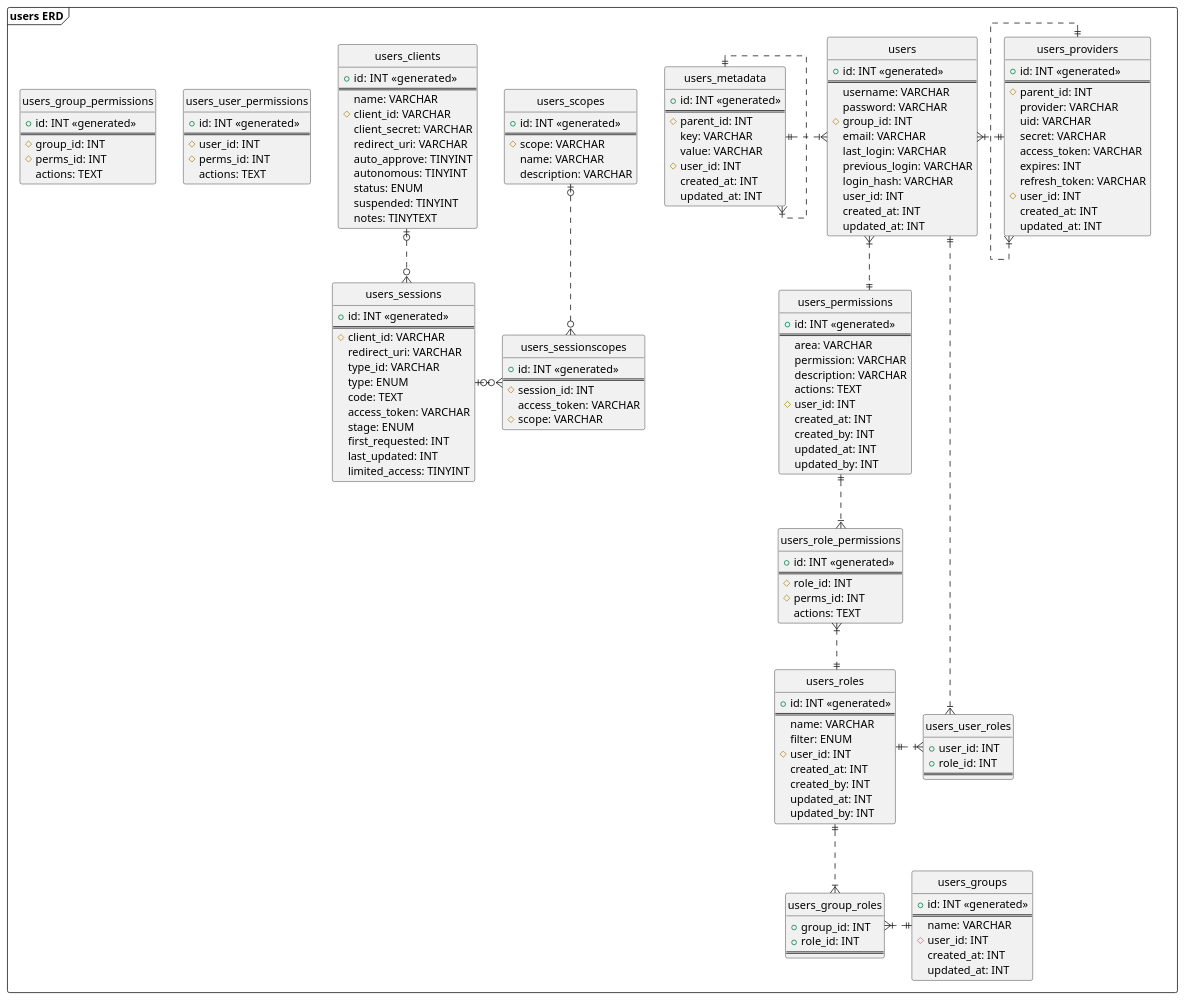
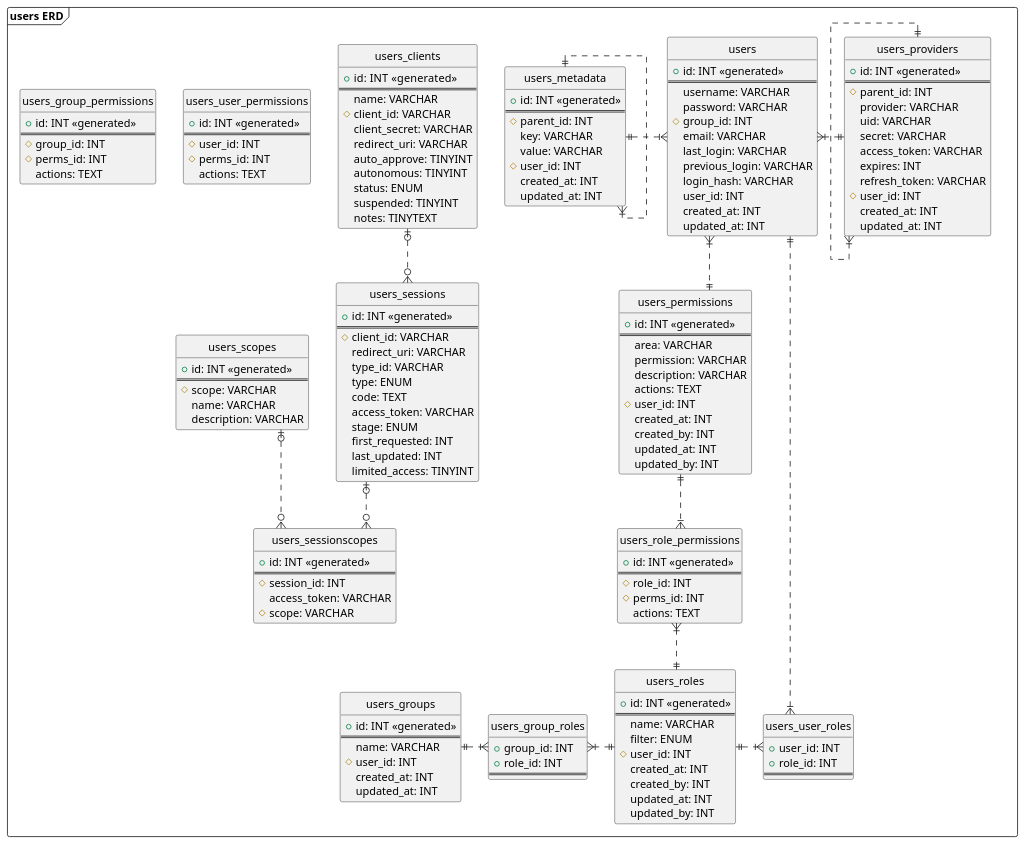
Before and after one commit to kim-yuchul-okan/subsystem-erd: the diagram in subsystem/users_erd.pu, drawn with PlantUML. The commit also changed 7 other files, not shown here.

```diff
--- a/subsystem/users_erd.pu
+++ b/subsystem/users_erd.pu
@@ -1,168 +1,168 @@
 @startuml
 
 ' hide the spot
 hide circle
 
 ' avoid problems with angled crows feet
 skinparam linetype ortho
 
 frame "users ERD" {
   entity "users_clients" {
     + id: INT  <<generated>>
     ==
     name: VARCHAR
     # client_id: VARCHAR
     client_secret: VARCHAR
     redirect_uri: VARCHAR
     auto_approve: TINYINT
     autonomous: TINYINT
     status: ENUM
     suspended: TINYINT
     notes: TINYTEXT
   }
   entity "users_sessions" {
     + id: INT <<generated>>
     ==
     # client_id: VARCHAR
     redirect_uri: VARCHAR
     type_id: VARCHAR
     type: ENUM
     code: TEXT
     access_token: VARCHAR
     stage: ENUM
     first_requested: INT
     last_updated: INT
     limited_access: TINYINT
   }
   entity "users_sessionscopes" {
     + id: INT <<generated>>
     ==
     # session_id: INT
     access_token: VARCHAR
     # scope: VARCHAR
   }
   entity "users_scopes" {
     + id: INT <<generated>>
     ==
     # scope: VARCHAR
     name: VARCHAR
     description: VARCHAR
   }
   users_clients |o.d.o{  users_sessions
-  users_sessions |o.r.o{  users_sessionscopes
+  users_sessions |o.d.o{  users_sessionscopes
   users_scopes |o.d.o{  users_sessionscopes
   entity "users_user_roles" {
     + user_id: INT
     + role_id: INT
     ==
   }
   entity "users_permissions" {
     + id: INT <<generated>>
     ==
     area: VARCHAR
     permission: VARCHAR
     description: VARCHAR
     actions: TEXT
     # user_id: INT
     created_at: INT
     created_by: INT
     updated_at: INT
     updated_by: INT
   }
   entity "users_metadata" {
     + id: INT <<generated>>
     ==
     # parent_id: INT
     key: VARCHAR
     value: VARCHAR
     # user_id: INT
     created_at: INT
     updated_at: INT
   }
   entity "users_providers" {
     + id: INT <<generated>>
     ==
     # parent_id: INT
     provider: VARCHAR
     uid: VARCHAR
     secret: VARCHAR
     access_token: VARCHAR
     expires: INT
     refresh_token: VARCHAR
     # user_id: INT
     created_at: INT
     updated_at: INT
   }
   entity "users_group_roles" {
     + group_id: INT
     + role_id: INT
     ==
   }
   entity "users_role_permissions" {
     + id: INT <<generated>>
     ==
     # role_id: INT
     # perms_id: INT
     actions: TEXT
   }
   entity "users_roles" {
     + id: INT <<generated>>
     ==
     name: VARCHAR
     filter: ENUM
     # user_id: INT
     created_at: INT
     created_by: INT
     updated_at: INT
     updated_by: INT
   }
   entity "users_groups" {
     + id: INT <<generated>>
     ==
     name: VARCHAR
     # user_id: INT
     created_at: INT
     updated_at: INT
   }
   entity "users" {
     + id: INT <<generated>>
     ==
     username: VARCHAR
     password: VARCHAR
     # group_id: INT
     email: VARCHAR
     last_login: VARCHAR
     previous_login: VARCHAR
     login_hash: VARCHAR
     user_id: INT
     created_at: INT
     updated_at: INT
   }
   users }|.l.|| users_metadata
   users }|.r.|| users_providers
   users }|.d.|| users_permissions
   users ||..|{ users_user_roles
   users_roles ||.r.|{ users_user_roles
-  users_roles ||.d.|{ users_group_roles
-  users_group_roles }|.r.|| users_groups
+  users_roles ||.l.|{ users_group_roles
+  users_group_roles }|.l.|| users_groups
   users_metadata ||..|{ users_metadata
   users_providers ||..|{ users_providers
   users_role_permissions }|..|| users_roles
   users_permissions ||.d.|{ users_role_permissions
   entity "users_user_permissions" {
     + id: INT <<generated>>
     ==
     # user_id: INT
     # perms_id: INT
     actions: TEXT
   }
   entity "users_group_permissions" {
     + id: INT <<generated>>
     ==
     # group_id: INT
     # perms_id: INT
     actions: TEXT
   }
 }
 
 @enduml
```
